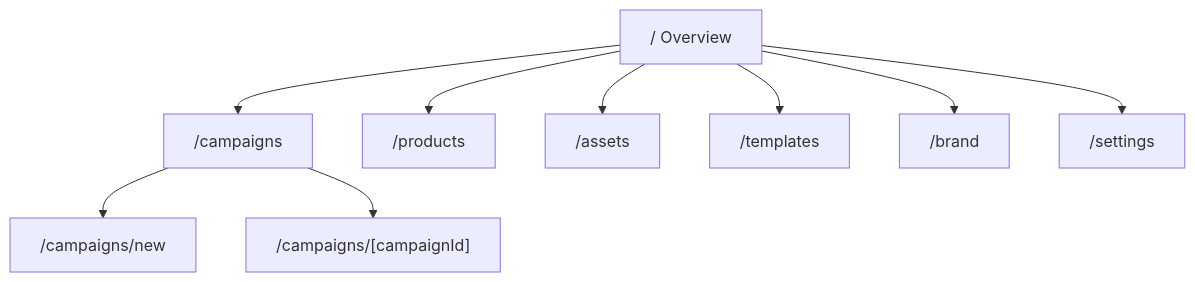
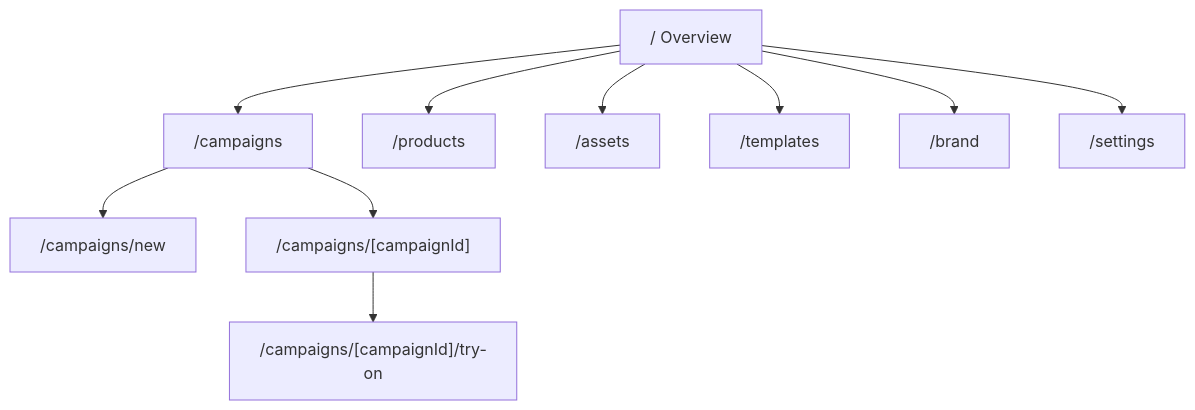
The diagram in docs/wireframes-and-route-map.md (raymo001/Campaign_studio), drawn with Mermaid before and after one commit. The commit also changed other lines of this file and 24 other files, not shown here.

````diff
--- a/docs/wireframes-and-route-map.md
+++ b/docs/wireframes-and-route-map.md
@@ -7,11 +7,12 @@
 ```mermaid
 flowchart TD
     A["/ Overview"] --> B["/campaigns"]
     B --> C["/campaigns/new"]
     B --> D["/campaigns/[campaignId]"]
+    D --> J["/campaigns/[campaignId]/try-on"]
     A --> E["/products"]
     A --> F["/assets"]
     A --> G["/templates"]
     A --> H["/brand"]
     A --> I["/settings"]
 ```
````
